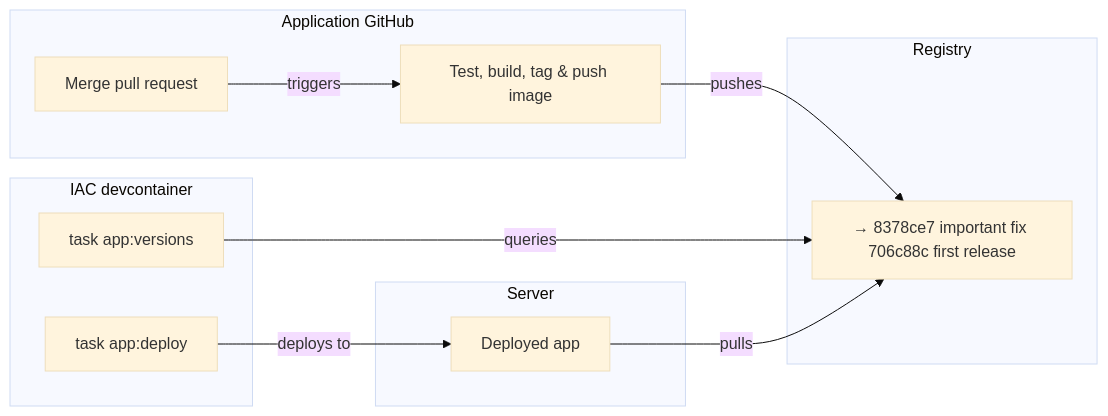
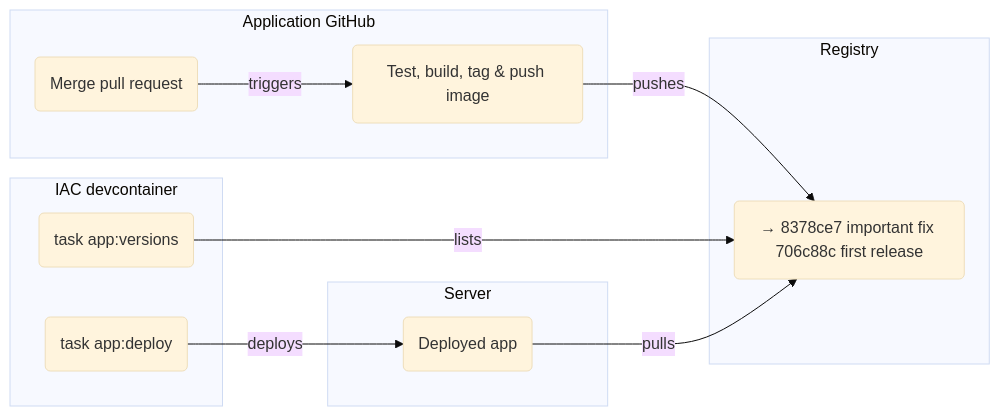
One commit to rednaw/iac changed the diagram in docs/application-deployment.md. Above: the diagram before and after it, drawn with Mermaid (base theme). The commit also changed other lines of this file and 17 other files, not shown here.

````diff
--- a/docs/application-deployment.md
+++ b/docs/application-deployment.md
@@ -12,26 +11,26 @@
 ```mermaid
 flowchart LR
     subgraph LOCAL["IAC devcontainer"]
-        B["task app:versions"]
-        C["task app:deploy"]
+        B(task app:versions)
+        C(task app:deploy)
     end
 
     subgraph GITHUB["Application GitHub"]
-        A["Merge pull request"]
-        D["Test, build, tag & push image"]
+        A(Merge pull request)
+        D(Test, build, tag & push image)
     end
 
     subgraph REGISTRY["Registry"]
-      E["→ 8378ce7 important fix 706c88c first release"]
+      E(→ 8378ce7 important fix 706c88c first release)
     end
 
     subgraph SERVER["Server"]
-      F["Deployed app"]
+      F(Deployed app)
     end
 
     A -->|triggers| D
-    B -->|queries| E
-    C -->|deploys to| F
+    B -->|lists| E
+    C -->|deploys| F
     D -->|pushes| E
     F -->|pulls| E
 ```
````
